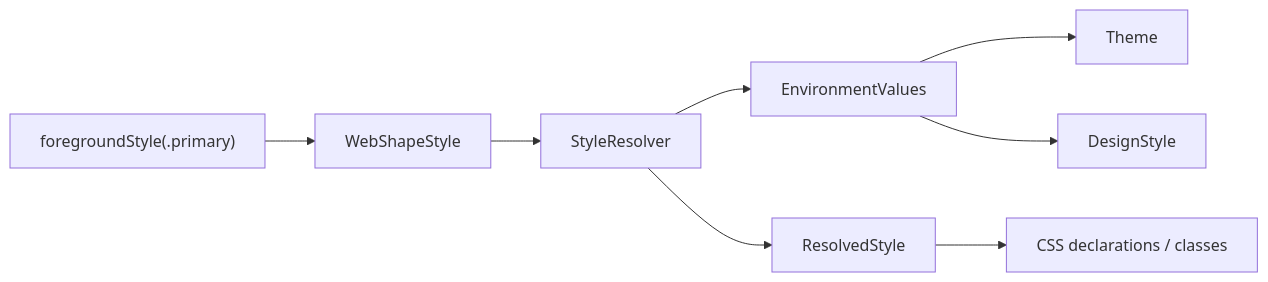
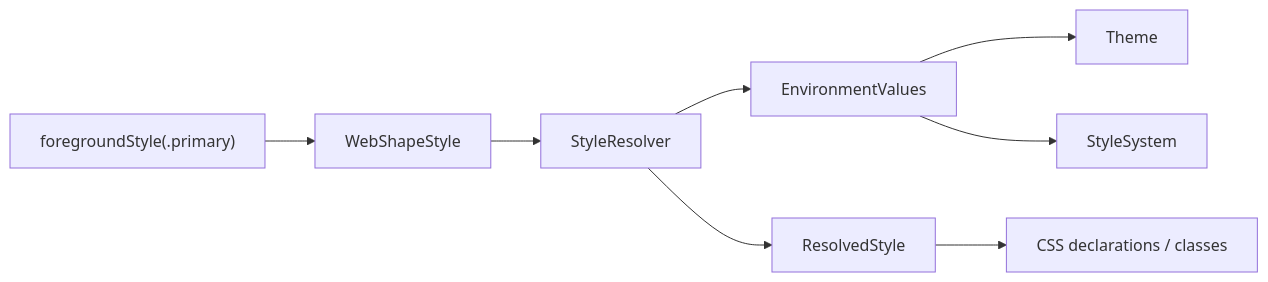
The fourth of 5 diagrams in docs/SwiftWebUICoreDesign.md (1amageek/swift-web), drawn with Mermaid before and after one commit. The commit also changed other lines of this file and 60 other files, not shown here.

````diff
--- a/docs/SwiftWebUICoreDesign.md
+++ b/docs/SwiftWebUICoreDesign.md
@@ -166,10 +166,10 @@
 ```mermaid
 flowchart LR
     A["foregroundStyle(.primary)"] --> B["WebShapeStyle"]
     B --> C["StyleResolver"]
     C --> D["EnvironmentValues"]
     D --> E["Theme"]
-    D --> F["DesignStyle"]
+    D --> F["StyleSystem"]
     C --> G["ResolvedStyle"]
     G --> H["CSS declarations / classes"]
 ```
````
